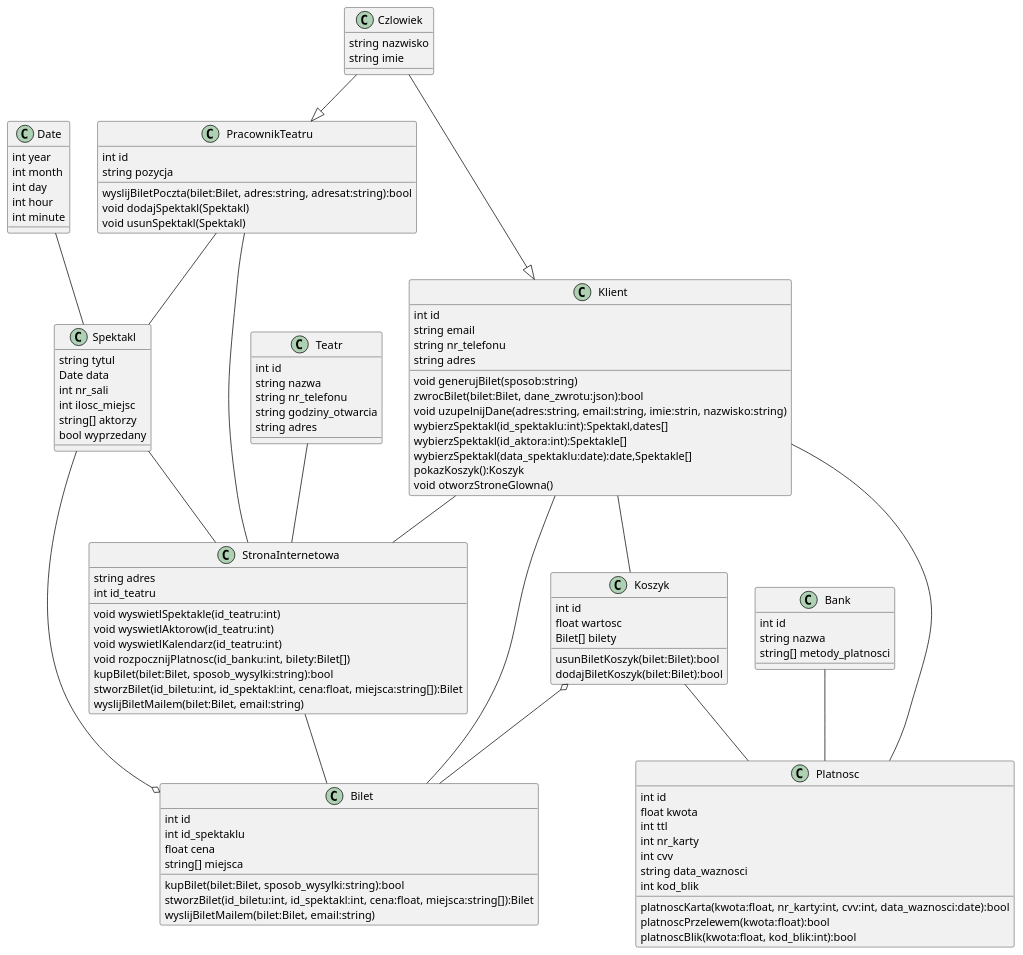
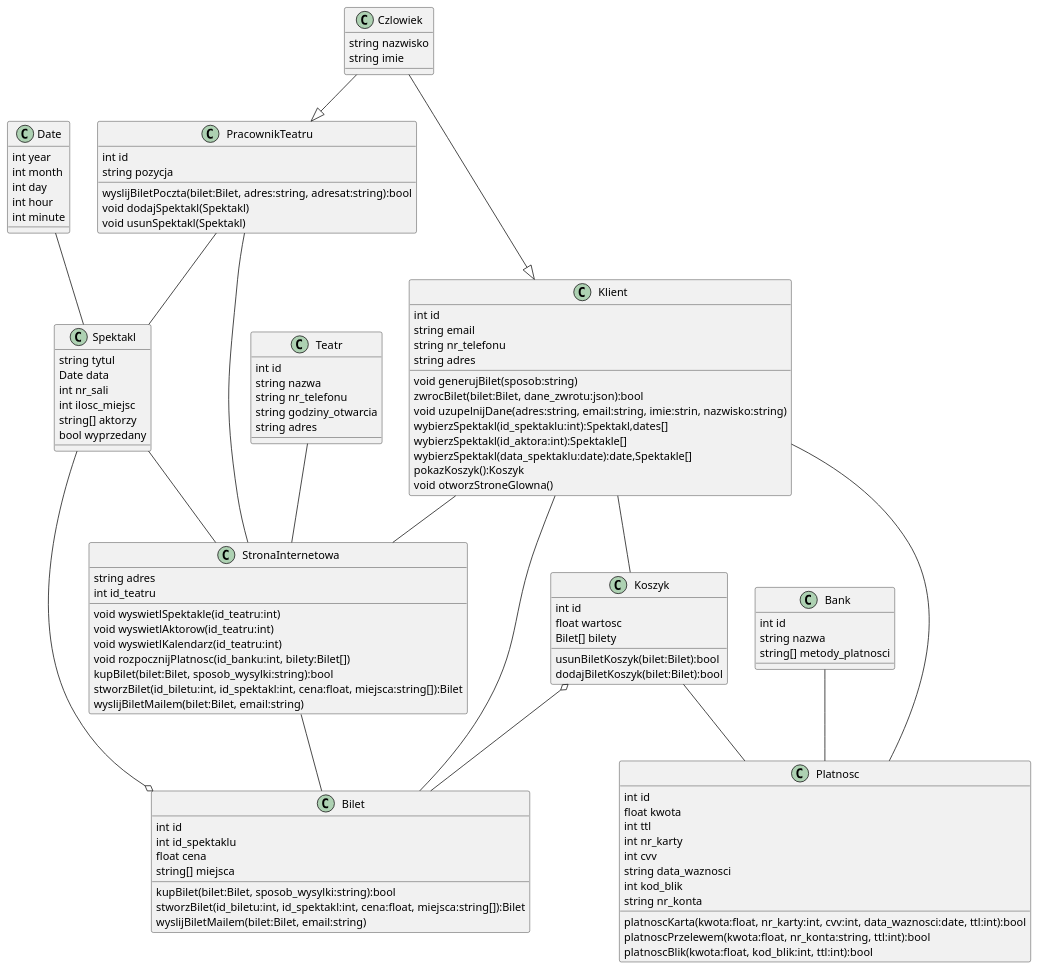
One commit to c4mp3r9/obiektowe changed the diagram in class_diagram.plantuml. Above: the diagram before and after it, drawn with PlantUML.

Commit message:
Final touch na klasach

```diff
--- a/class_diagram.plantuml
+++ b/class_diagram.plantuml
@@ -1,135 +1,136 @@
 @startuml ClassDiagram
 
 
 class Date {
   int year
   int month
   int day
   int hour
   int minute
 }
 
 
 class Spektakl {
   string tytul
   Date data
   int nr_sali
   int ilosc_miejsc
   string[] aktorzy
   bool wyprzedany
 }
 
 class Czlowiek {
   string nazwisko
   string imie
 }
 class Klient {
   int id 
   string email
   string nr_telefonu
   string adres
   
   void generujBilet(sposob:string)
   zwrocBilet(bilet:Bilet, dane_zwrotu:json):bool
   void uzupelnijDane(adres:string, email:string, imie:strin, nazwisko:string)
   wybierzSpektakl(id_spektaklu:int):Spektakl,dates[]
   wybierzSpektakl(id_aktora:int):Spektakle[]
   wybierzSpektakl(data_spektaklu:date):date,Spektakle[]
   pokazKoszyk():Koszyk
   void otworzStroneGlowna()
 }
 
 
 class Bank {
   int id 
   string nazwa
   string[] metody_platnosci
 }
 
 class Platnosc {
   int id 
   float kwota
   int ttl
   int nr_karty
   int cvv 
   string data_waznosci
   int kod_blik
+  string nr_konta
 
-  platnoscKarta(kwota:float, nr_karty:int, cvv:int, data_waznosci:date):bool
-  platnoscPrzelewem(kwota:float):bool
-  platnoscBlik(kwota:float, kod_blik:int):bool
+  platnoscKarta(kwota:float, nr_karty:int, cvv:int, data_waznosci:date, ttl:int):bool
+  platnoscPrzelewem(kwota:float, nr_konta:string, ttl:int):bool
+  platnoscBlik(kwota:float, kod_blik:int, ttl:int):bool
 }
 
 class Bilet{
   int id 
   int id_spektaklu
   float cena
   string[] miejsca
 
   kupBilet(bilet:Bilet, sposob_wysylki:string):bool
   stworzBilet(id_biletu:int, id_spektakl:int, cena:float, miejsca:string[]):Bilet
   wyslijBiletMailem(bilet:Bilet, email:string)
 }
 
 
 class Koszyk {
   int id
   float wartosc
   Bilet[] bilety
 
   usunBiletKoszyk(bilet:Bilet):bool
   dodajBiletKoszyk(bilet:Bilet):bool
 }
 
 
 class PracownikTeatru {
   int id
   string pozycja
 
   wyslijBiletPoczta(bilet:Bilet, adres:string, adresat:string):bool
   void dodajSpektakl(Spektakl)
   void usunSpektakl(Spektakl)
 }
 
 class Teatr {
   int id 
   string nazwa
   string nr_telefonu
   string godziny_otwarcia
   string adres
 }
 
 class StronaInternetowa {
   string adres
   int id_teatru
   void wyswietlSpektakle(id_teatru:int)
   void wyswietlAktorow(id_teatru:int)
   void wyswietlKalendarz(id_teatru:int)
   void rozpocznijPlatnosc(id_banku:int, bilety:Bilet[])
   kupBilet(bilet:Bilet, sposob_wysylki:string):bool
   stworzBilet(id_biletu:int, id_spektakl:int, cena:float, miejsca:string[]):Bilet
   wyslijBiletMailem(bilet:Bilet, email:string)
 }
 
 Klient -- StronaInternetowa
 Klient -- Koszyk
 Klient -- Platnosc
 Klient -- Bilet
 Koszyk o-- Bilet
 Koszyk -- Platnosc
 
 PracownikTeatru -- StronaInternetowa
 
 Bank -- Platnosc
 Bilet o-- Spektakl
 
 Date -- Spektakl
 Spektakl -- StronaInternetowa
 StronaInternetowa -- Bilet
 PracownikTeatru -- Spektakl
 
 Czlowiek --|> Klient 
 Czlowiek --|> PracownikTeatru
 
 Teatr -- StronaInternetowa
 @enduml
```
